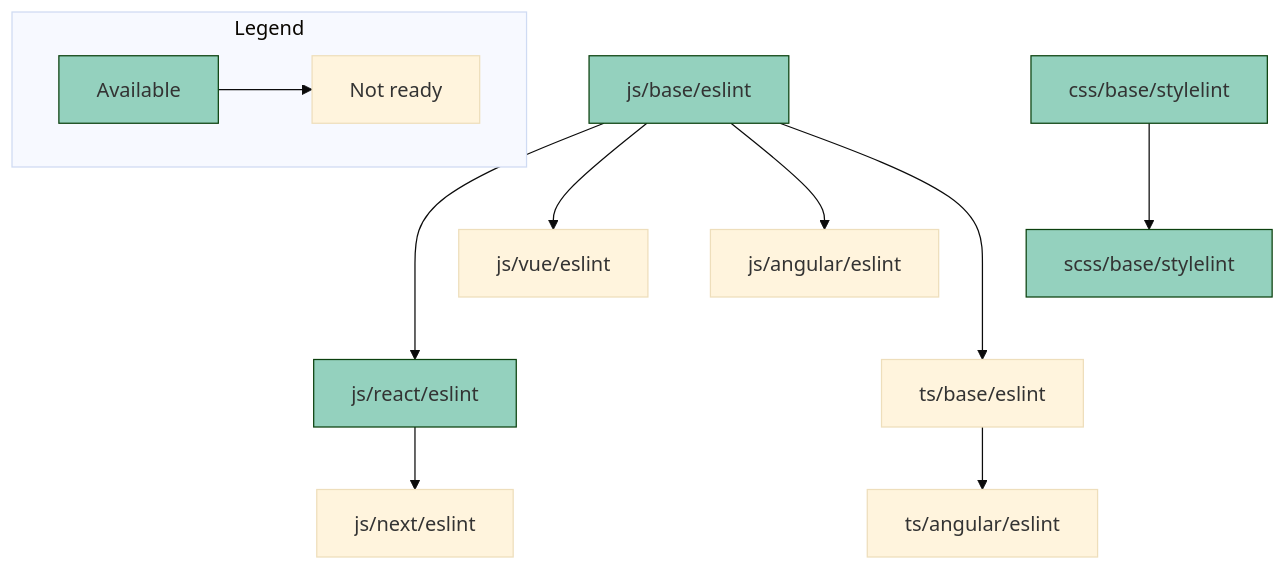
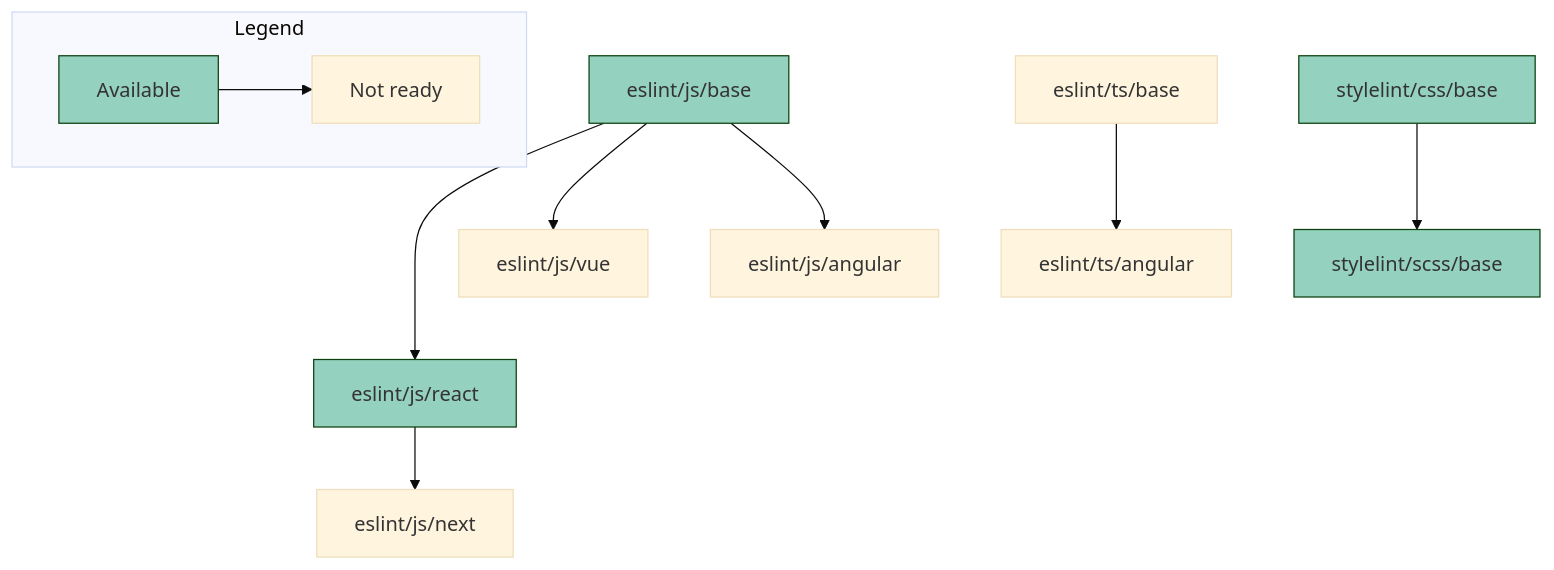
The diagram in README.md (MAARK/code-config), drawn with Mermaid before and after one commit. The commit also changed other lines of this file and 37 other files, not shown here.

````diff
--- a/README.md
+++ b/README.md
@@ -13,17 +13,17 @@
 ```mermaid
 %%{init: {'theme':'base'}}%%
 graph TD
     subgraph Legend
         L1[Available]:::available --> L2[Not ready]
     end
 
-    A[js/base/eslint]:::available ---> B[js/react/eslint]:::available
-    A --> js/vue/eslint
-    A --> js/angular/eslint
-    B --> js/next/eslint
-    C[css/base/stylelint]:::available --> scss/base/stylelint:::available
-    A ---> D[ts/base/eslint]
-    D --> ts/angular/eslint
+    A[eslint/js/base]:::available ---> B[eslint/js/react]:::available
+    A --> eslint/js/vue
+    A --> eslint/js/angular
+    B --> eslint/js/next
+
+    eslint/ts/base --> eslint/ts/angular
+    C[stylelint/css/base]:::available --> stylelint/scss/base:::available
 
     classDef available stroke:#0B410E,fill:#94D1BE
 ```
````
